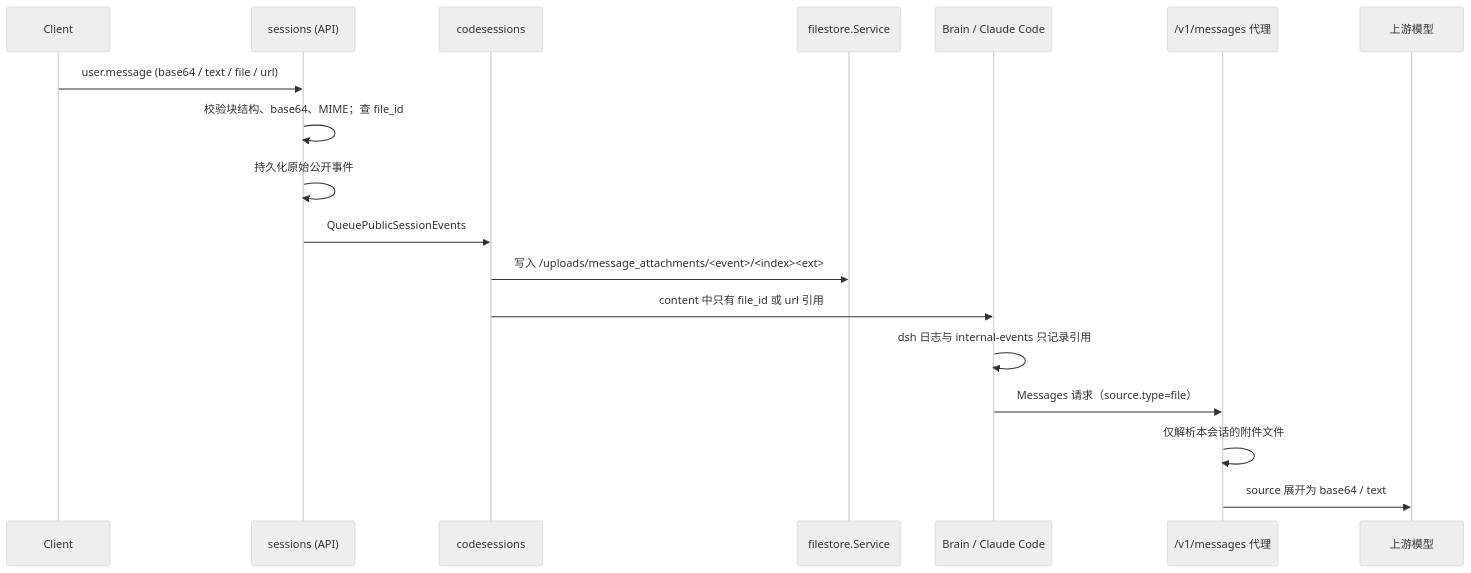
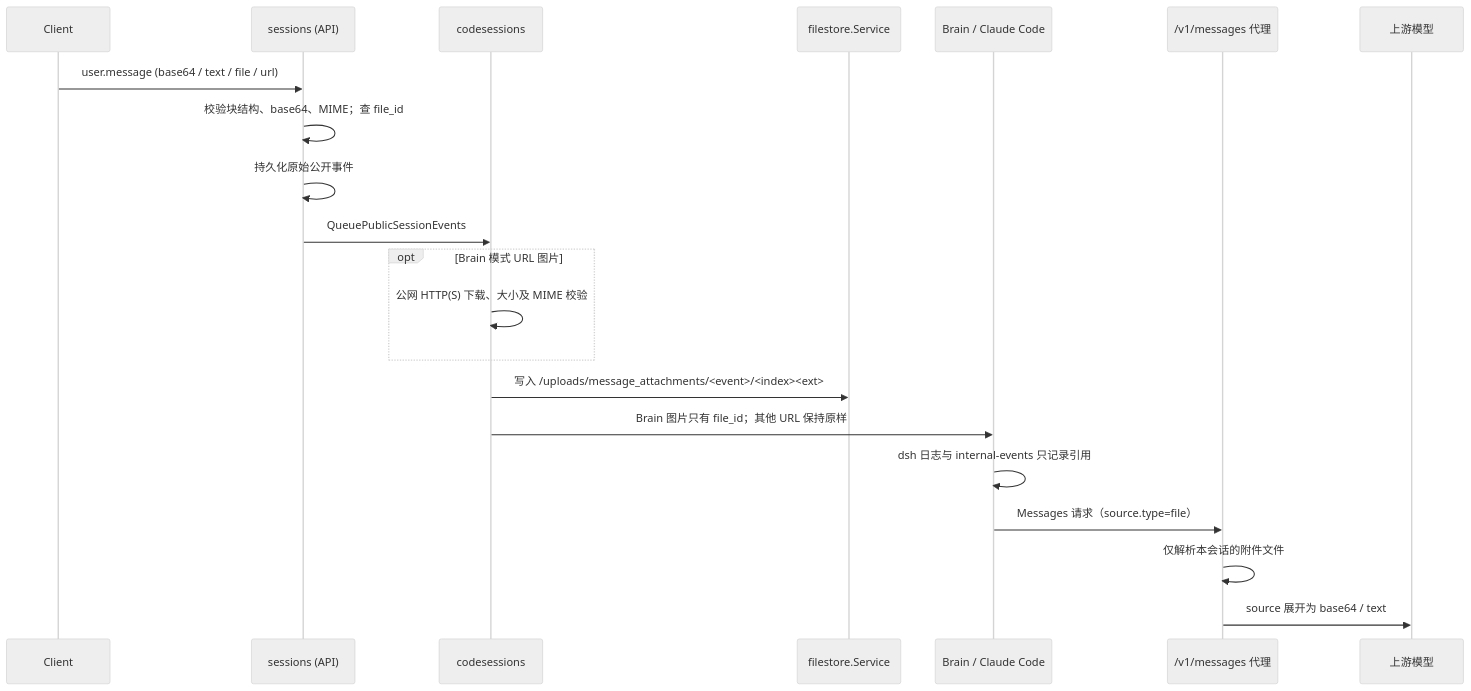
Before and after one commit to superduck-ai/open-managed-agents: the diagram in docs/design/be/message-media-attachments.md, drawn with Mermaid (neutral theme). The commit also changed other lines of this file and 16 other files, not shown here.

Commit message:
feat(brain): materialize URL images before worker delivery

````diff
--- a/docs/design/be/message-media-attachments.md
+++ b/docs/design/be/message-media-attachments.md
@@ -21,21 +23,24 @@
 ```mermaid
 sequenceDiagram
     participant Client
     participant Sessions as sessions (API)
     participant CS as codesessions
     participant FS as filestore.Service
     participant Worker as Brain / Claude Code
     participant Proxy as /v1/messages 代理
     participant LLM as 上游模型
 
     Client->>Sessions: user.message (base64 / text / file / url)
     Sessions->>Sessions: 校验块结构、base64、MIME；查 file_id
     Sessions->>Sessions: 持久化原始公开事件
     Sessions->>CS: QueuePublicSessionEvents
+    opt Brain 模式 URL 图片
+        CS->>CS: 公网 HTTP(S) 下载、大小及 MIME 校验
+    end
     CS->>FS: 写入 /uploads/message_attachments/<event>/<index><ext>
-    CS->>Worker: content 中只有 file_id 或 url 引用
+    CS->>Worker: Brain 图片只有 file_id；其他 URL 保持原样
     Worker->>Worker: dsh 日志与 internal-events 只记录引用
     Worker->>Proxy: Messages 请求（source.type=file）
     Proxy->>Proxy: 仅解析本会话的附件文件
     Proxy->>LLM: source 展开为 base64 / text
 ```
````
